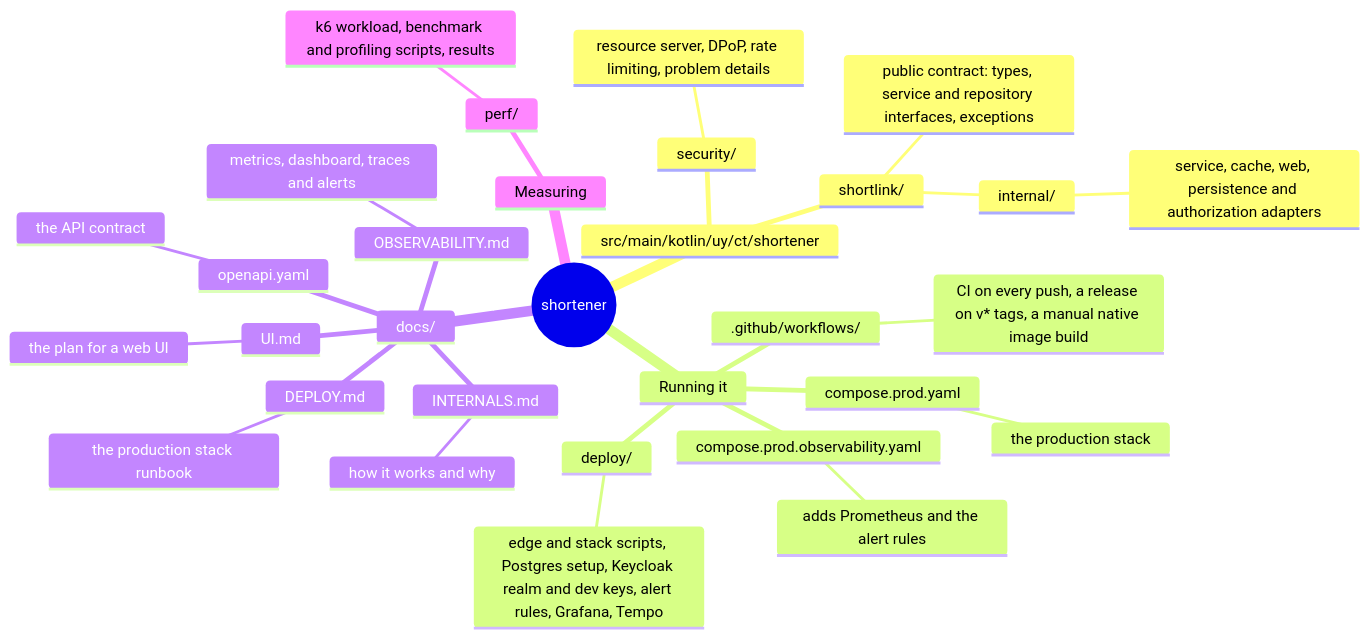
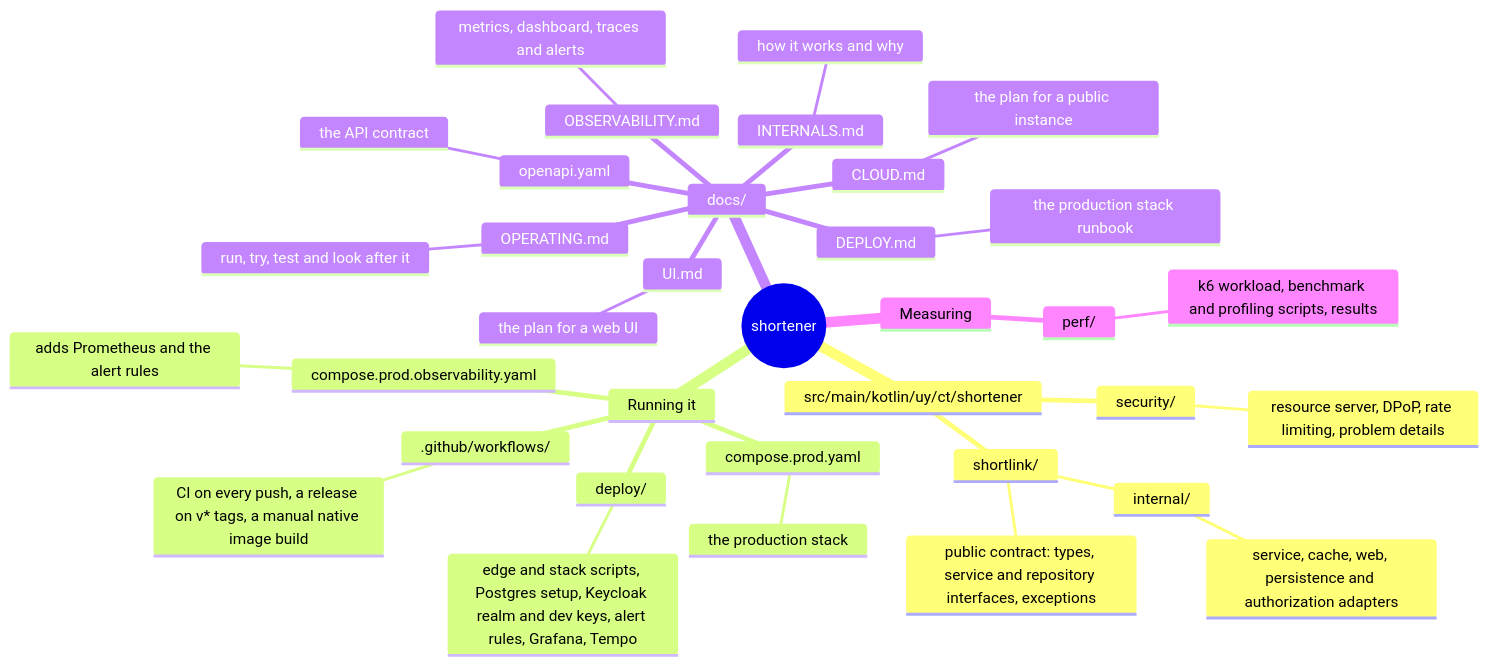
Before and after one commit to christ008/shortener: the diagram in README.md, drawn with Mermaid. The commit also changed other lines of this file and 4 other files, not shown here.

First line of the commit message:
Add the operating guide, the cloud plan and the design review

````diff
--- a/README.md
+++ b/README.md
@@ -124,34 +127,38 @@
 ```mermaid
 mindmap
   root((shortener))
     src/main/kotlin/uy/ct/shortener
       shortlink/
         public contract: types, service and repository interfaces, exceptions
         internal/
           service, cache, web, persistence and authorization adapters
       security/
         resource server, DPoP, rate limiting, problem details
     Running it
       compose.prod.yaml
         the production stack
       compose.prod.observability.yaml
         adds Prometheus and the alert rules
       deploy/
         edge and stack scripts, Postgres setup, Keycloak realm and dev keys, alert rules, Grafana, Tempo
       .github/workflows/
         CI on every push, a release on v* tags, a manual native image build
     docs/
+      OPERATING.md
+        run, try, test and look after it
       INTERNALS.md
         how it works and why
       DEPLOY.md
         the production stack runbook
+      CLOUD.md
+        the plan for a public instance
       OBSERVABILITY.md
         metrics, dashboard, traces and alerts
       openapi.yaml
         the API contract
       UI.md
         the plan for a web UI
     Measuring
       perf/
         k6 workload, benchmark and profiling scripts, results
 ```
````
